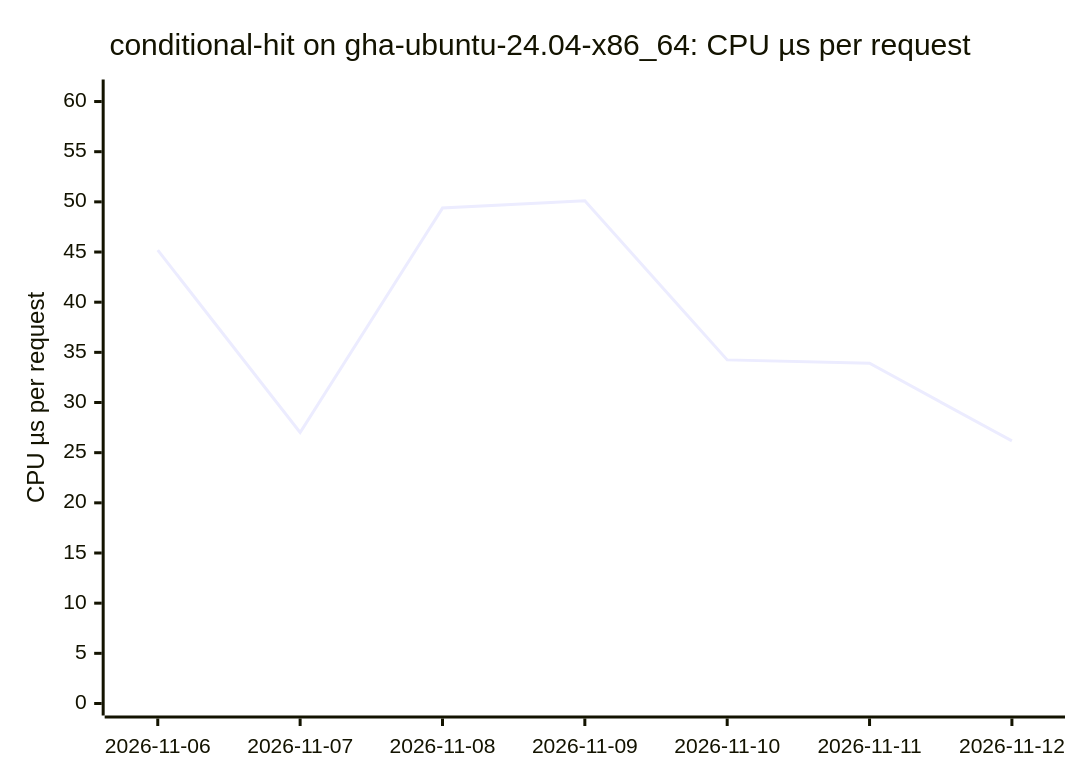
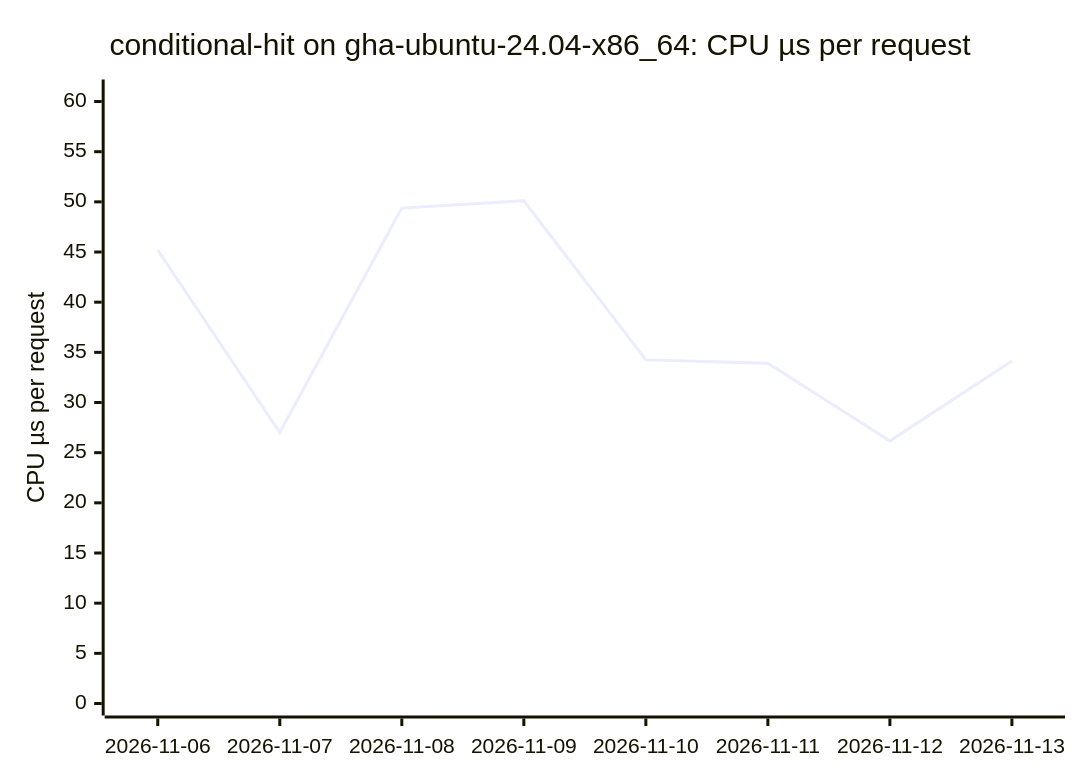
One commit to ThePixelPilgrim/durchlauferhitzer changed the eighth of 18 diagrams in BENCHMARKS.md. Above: the diagram before and after it, drawn with Mermaid. The commit also changed other lines of this file and 1 other file, not shown here.

````diff
--- a/BENCHMARKS.md
+++ b/BENCHMARKS.md
@@ -96,7 +96,7 @@
 ```mermaid
 xychart-beta
   title "conditional-hit on gha-ubuntu-24.04-x86_64: CPU µs per request"
-  x-axis ["2026-11-06", "2026-11-07", "2026-11-08", "2026-11-09", "2026-11-10", "2026-11-11", "2026-11-12"]
+  x-axis ["2026-11-06", "2026-11-07", "2026-11-08", "2026-11-09", "2026-11-10", "2026-11-11", "2026-11-12", "2026-11-13"]
   y-axis "CPU µs per request" 0 --> 61
-  line [45.19, 27.01, 49.38, 50.10, 34.25, 33.91, 26.17]
+  line [45.19, 27.01, 49.38, 50.10, 34.25, 33.91, 26.17, 34.15]
 ```
````
